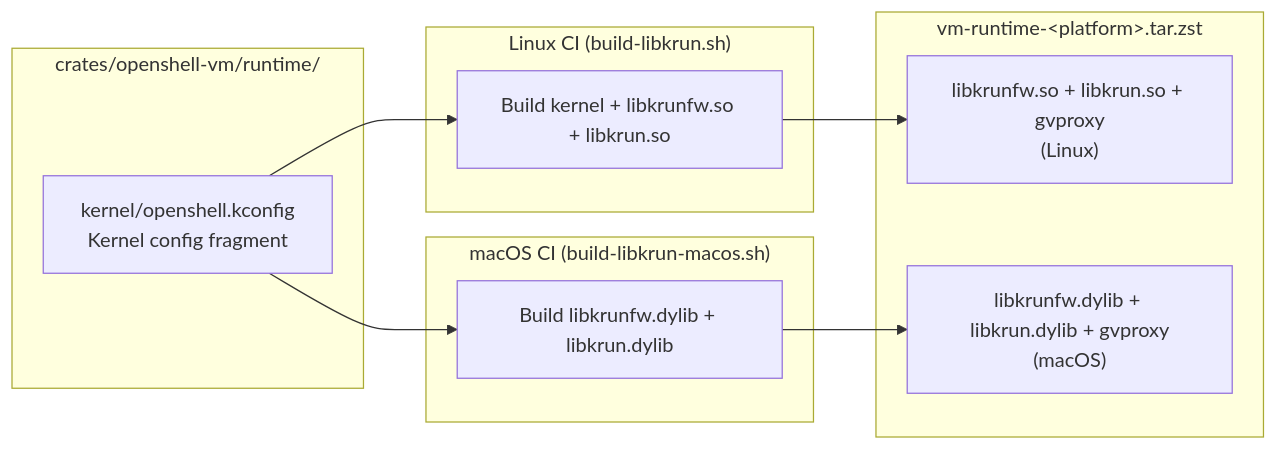
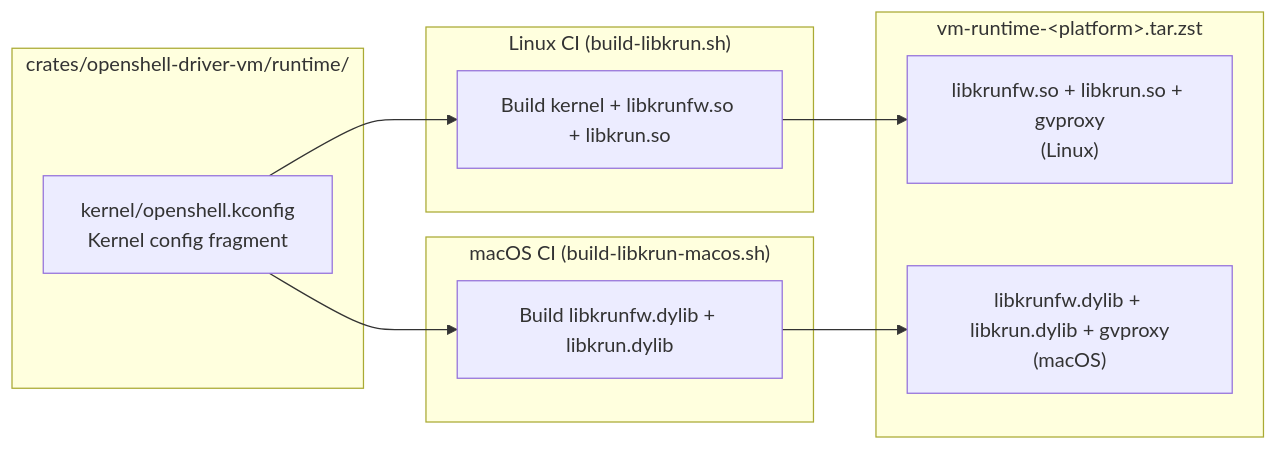
Before and after one commit to st-gr/OpenShell: the second of 2 diagrams in architecture/custom-vm-runtime.md, drawn with Mermaid. The commit also changed other lines of this file and 41 other files, not shown here.

````diff
--- a/architecture/custom-vm-runtime.md
+++ b/architecture/custom-vm-runtime.md
@@ -204,22 +204,22 @@
 ```mermaid
 graph LR
-    subgraph Source["crates/openshell-vm/runtime/"]
+    subgraph Source["crates/openshell-driver-vm/runtime/"]
         KCONF["kernel/openshell.kconfig<br/>Kernel config fragment"]
     end
 
     subgraph Linux["Linux CI (build-libkrun.sh)"]
         BUILD_L["Build kernel + libkrunfw.so + libkrun.so"]
     end
 
     subgraph macOS["macOS CI (build-libkrun-macos.sh)"]
         BUILD_M["Build libkrunfw.dylib + libkrun.dylib"]
     end
 
     subgraph Output["vm-runtime-&lt;platform&gt;.tar.zst"]
         LIB_SO["libkrunfw.so + libkrun.so + gvproxy<br/>(Linux)"]
         LIB_DY["libkrunfw.dylib + libkrun.dylib + gvproxy<br/>(macOS)"]
     end
 
     KCONF --> BUILD_L --> LIB_SO
     KCONF --> BUILD_M --> LIB_DY
 ```
````
